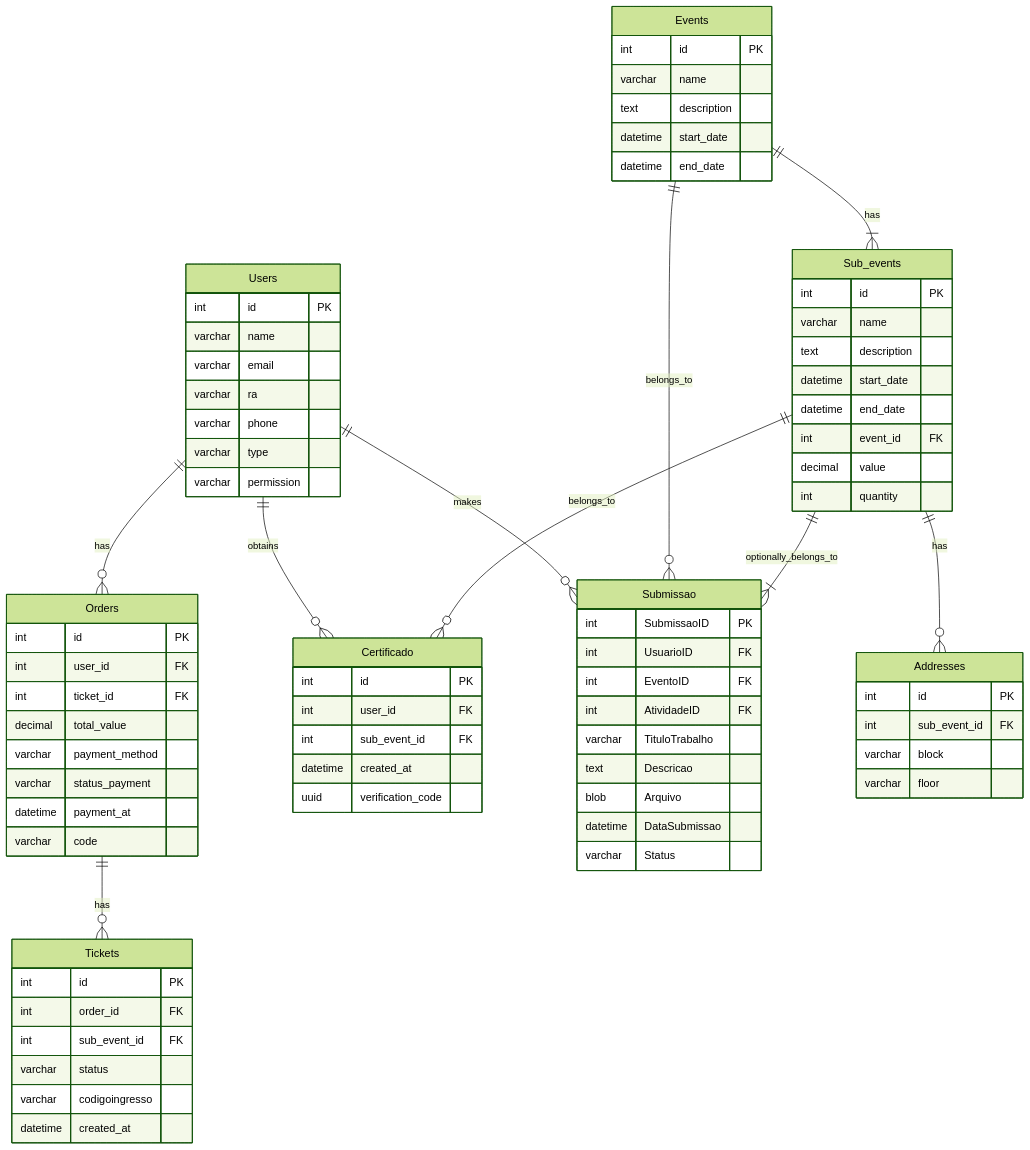
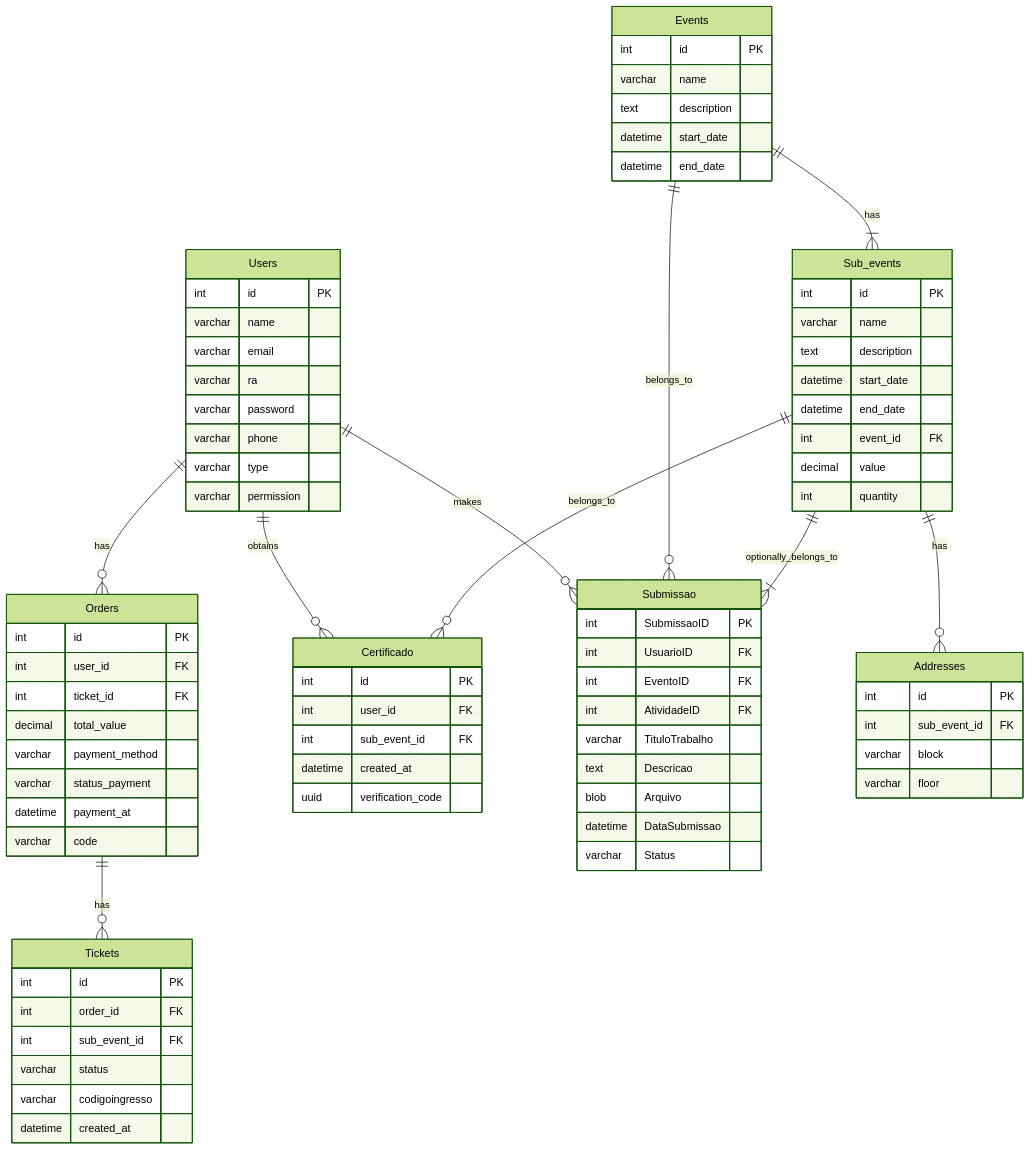
One commit to larialbu/unicap-events-backend changed the diagram in docs/er-diagram.mmd. Above: the diagram before and after it, drawn with Mermaid (forest theme). The commit also changed 1 other file, not shown here.

Commit message:
fix: correção de diagramas. Adição de password.

```diff
--- a/docs/er-diagram.mmd
+++ b/docs/er-diagram.mmd
@@ -1,86 +1,87 @@
 erDiagram
     Users ||--o{ Orders : has
     Orders ||--o{ Tickets : has
     Users ||--o{ Certificado : obtains
     Sub_events ||--o{ Certificado : belongs_to
     Users ||--o{ Submissao : makes
     Events ||--o{ Submissao : belongs_to
     Sub_events ||--|{ Submissao : optionally_belongs_to
     Events ||--|{ Sub_events : has
     Sub_events ||--o{ Addresses : has
 
     Users {
         int id PK
         varchar name
         varchar email
         varchar ra
+        varchar password
         varchar phone
         varchar type
         varchar permission
     }
 
     Orders {
         int id PK
         int user_id FK
         int ticket_id FK
         decimal total_value
         varchar payment_method
         varchar status_payment
         datetime payment_at
         varchar code
     }
 
     Tickets {
         int id PK
         int order_id FK
         int sub_event_id FK
         varchar status
         varchar codigoingresso
         datetime created_at
     }
 
     Certificado {
         int id PK
         int user_id FK
         int sub_event_id FK
         datetime created_at
         uuid verification_code
     }
 
     Submissao {
         int SubmissaoID PK
         int UsuarioID FK
         int EventoID FK
         int AtividadeID FK
         varchar TituloTrabalho
         text Descricao
         blob Arquivo
         datetime DataSubmissao
         varchar Status
     }
 
     Events {
         int id PK
         varchar name
         text description
         datetime start_date
         datetime end_date
     }
 
     Sub_events {
         int id PK
         varchar name
         text description
         datetime start_date
         datetime end_date
         int event_id FK
         decimal value
         int quantity
     }
 
     Addresses {
         int id PK
         int sub_event_id FK
         varchar block
         varchar floor
     }
```
